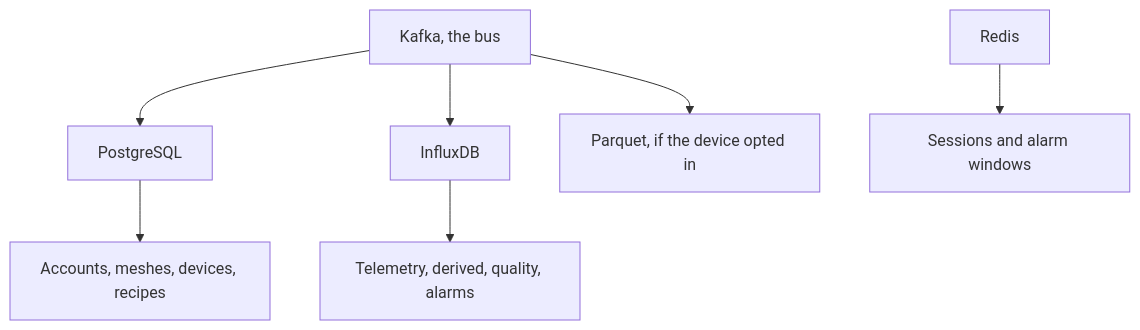
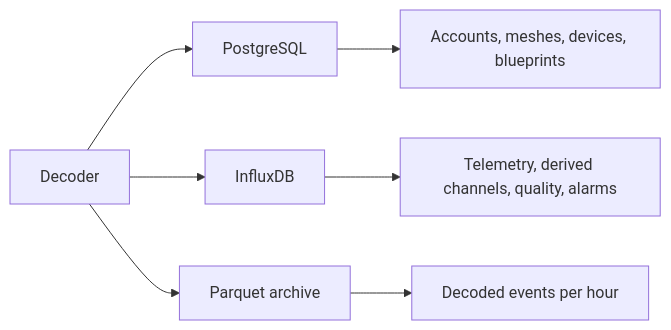
Before and after one commit to sensical-coop/mesh-things-apps: the diagram in apps/web/content/docs/en/data.mdx, drawn with Mermaid. The commit also changed other lines of this file and 27 other files, not shown here.

````diff
--- a/apps/web/content/docs/en/data.mdx
+++ b/apps/web/content/docs/en/data.mdx
@@ -10,9 +8,9 @@
 ```mermaid
-flowchart TD
-  bus["Kafka, the bus"] --> pg["PostgreSQL"]
-  bus --> influx["InfluxDB"]
-  bus --> parquet["Parquet, if the device opted in"]
-  pg --> fleet["Accounts, meshes, devices, recipes"]
-  influx --> samples["Telemetry, derived, quality, alarms"]
-  redis["Redis"] --> sessions["Sessions and alarm windows"]
+flowchart LR
+  decoder["Decoder"] --> pg["PostgreSQL"]
+  decoder --> influx["InfluxDB"]
+  decoder --> parquet["Parquet archive"]
+  pg --> fleet["Accounts, meshes, devices, blueprints"]
+  influx --> samples["Telemetry, derived channels, quality, alarms"]
+  parquet --> events["Decoded events per hour"]
 ```
````
